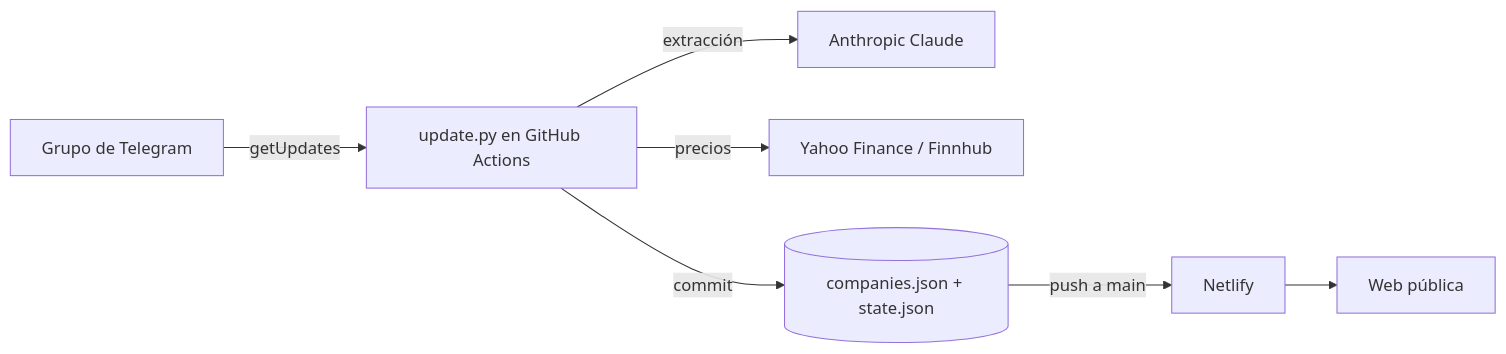
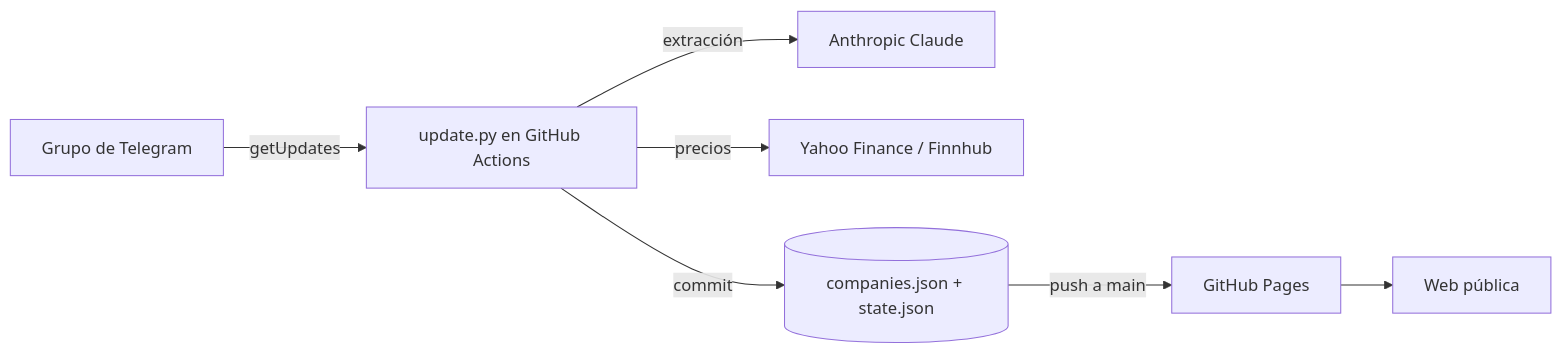
One commit to leyremt/solo-inversiones changed the diagram in README.md. Above: the diagram before and after it, drawn with Mermaid. The commit also changed other lines of this file, not shown here.

````diff
--- a/README.md
+++ b/README.md
@@ -44,9 +46,9 @@
 ```mermaid
 flowchart LR
     A[Grupo de Telegram] -->|getUpdates| B[update.py en GitHub Actions]
     B -->|extracción| C[Anthropic Claude]
     B -->|precios| D[Yahoo Finance / Finnhub]
     B -->|commit| E[(companies.json + state.json)]
-    E -->|push a main| F[Netlify]
+    E -->|push a main| F[GitHub Pages]
     F --> G[Web pública]
 ```
````
